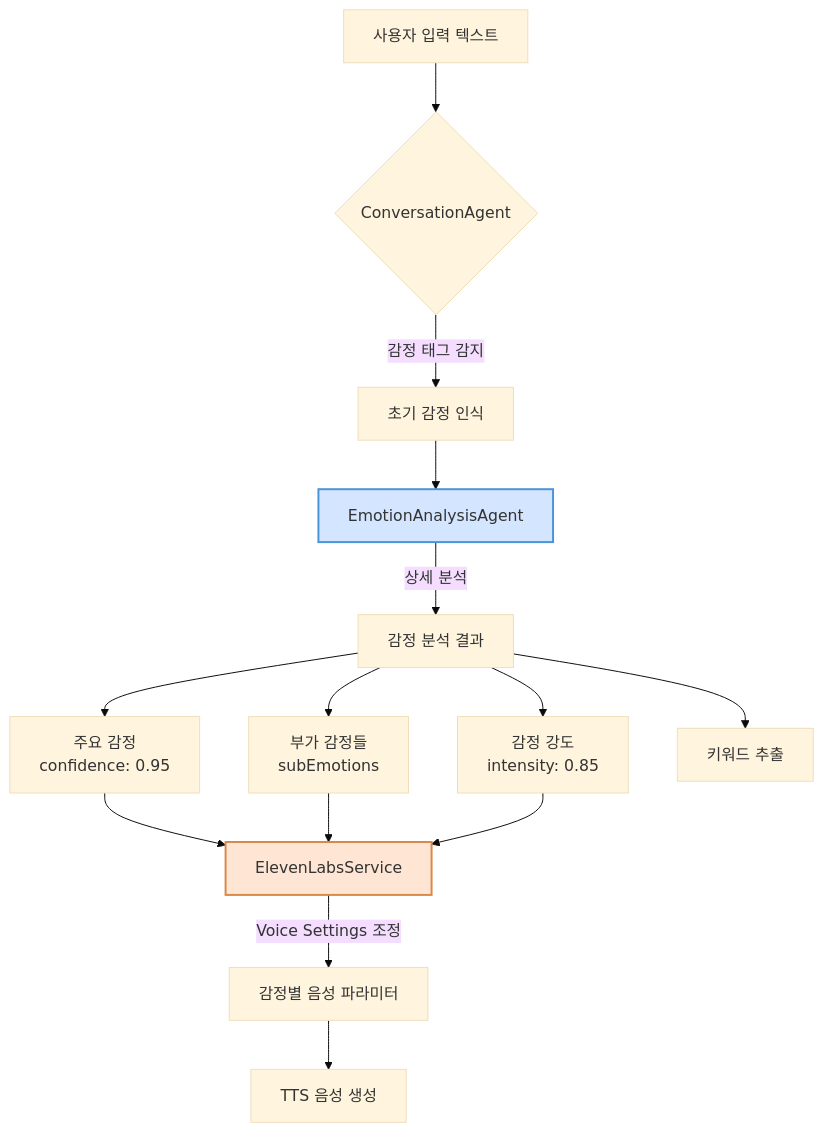
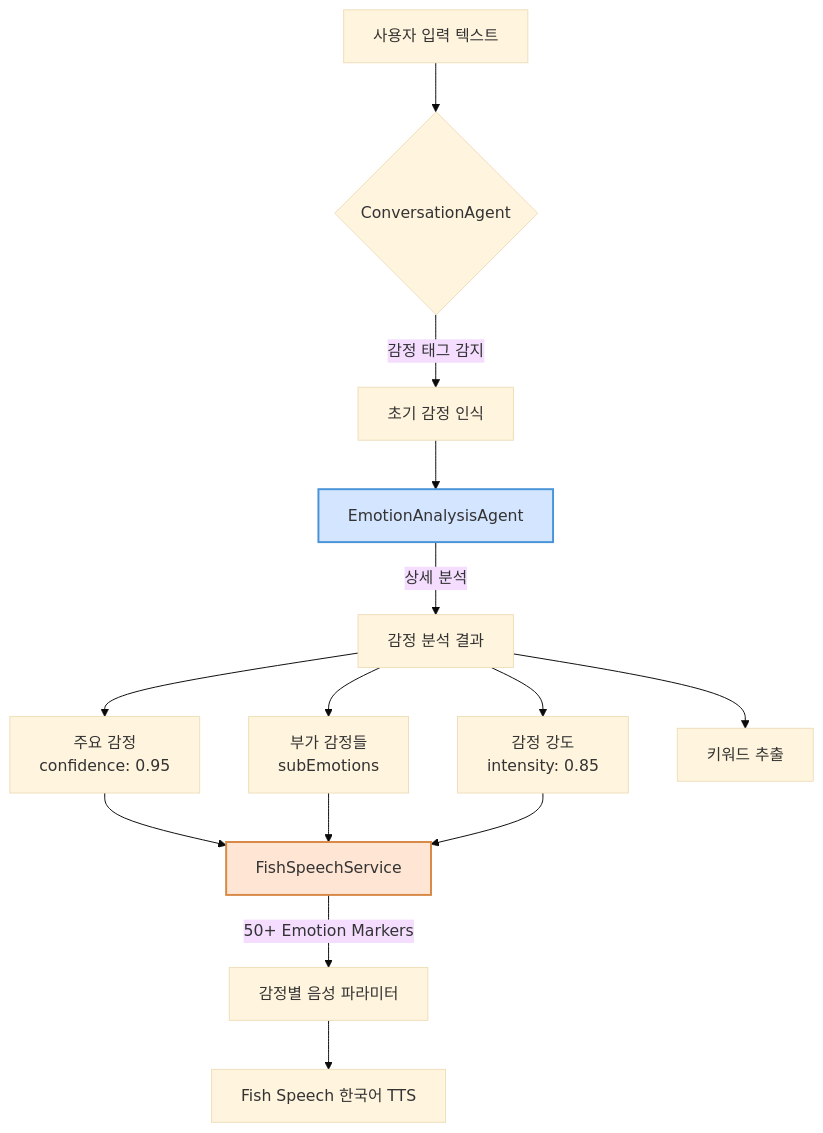
The second of 7 diagrams in novel-mvp-backend/README.md (jheun66/novel-mvp), drawn with Mermaid (base theme) before and after one commit. The commit also changed other lines of this file and 12 other files, not shown here.

First line of the commit message:
feat: ElevenLabs TTS를 Fish Speech로 교체 및 Whisper STT 통합

````diff
--- a/novel-mvp-backend/README.md
+++ b/novel-mvp-backend/README.md
@@ -219,22 +538,22 @@
 ```mermaid
 flowchart TD
     A[사용자 입력 텍스트] --> B{ConversationAgent}
     B -->|감정 태그 감지| C[초기 감정 인식]
     C --> D[EmotionAnalysisAgent]
     D -->|상세 분석| E[감정 분석 결과]
     
     E --> F[주요 감정<br/>confidence: 0.95]
     E --> G[부가 감정들<br/>subEmotions]
     E --> H[감정 강도<br/>intensity: 0.85]
     E --> I[키워드 추출]
     
-    F --> J[ElevenLabsService]
+    F --> J[FishSpeechService]
     G --> J
     H --> J
     
-    J -->|Voice Settings 조정| K[감정별 음성 파라미터]
-    K --> L[TTS 음성 생성]
+    J -->|50+ Emotion Markers| K[감정별 음성 파라미터]
+    K --> L[Fish Speech 한국어 TTS]
     
     style D fill:#d4e5ff,stroke:#4894d7,stroke-width:2px
     style J fill:#ffe5d4,stroke:#d78948,stroke-width:2px
 ```
````
